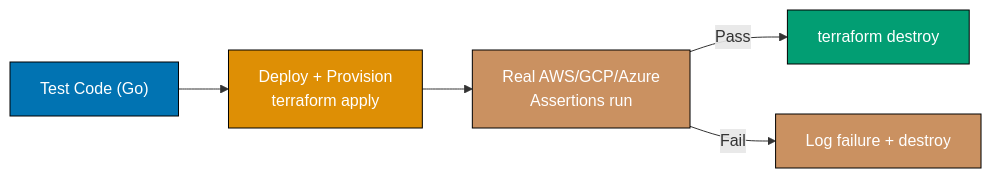
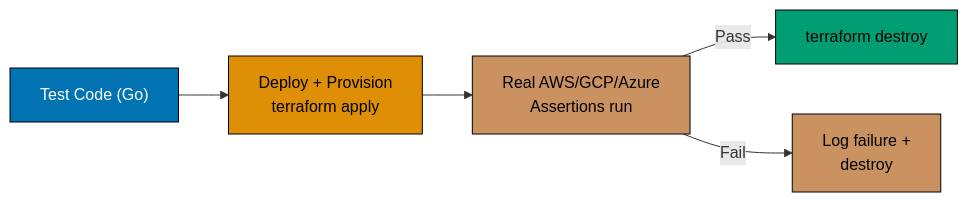
One commit to wahidyankf/ose-public changed the fifth of 9 diagrams in apps/ayokoding-www/content/en/learn/legacy/software-engineering/infrastructure/infrastructure-as-code/by-example/advanced.md. Above: the diagram before and after it, drawn with Mermaid. The commit also changed other lines of this file and 131 other files, not shown here.

First line of the commit message:
fix(mermaid): bring the legacy data, infrastructure, and testing diagrams onto the accessible palette

````diff
--- a/apps/ayokoding-www/content/en/learn/legacy/software-engineering/infrastructure/infrastructure-as-code/by-example/advanced.md
+++ b/apps/ayokoding-www/content/en/learn/legacy/software-engineering/infrastructure/infrastructure-as-code/by-example/advanced.md
@@ -927,14 +953,21 @@
 ```mermaid
 %% Color Palette: Blue #0173B2, Orange #DE8F05, Teal #029E73, Purple #CC78BC, Brown #CA9161
 graph LR
+  accTitle: Example 69: Terratest for Infrastructure Testing
+  accDescr: Graph with 5 nodes and 4 connections. Nodes: Test Code (Go), Deploy + Provision terraform apply, Real AWS/GCP/Azure Assertions run, terraform destroy, Log failure + destroy. Connections: Test Code (Go) to Deploy + Provision terraform apply, Deploy + Provision terraform apply to Real AWS/GCP/Azure Assertions run, Real AWS/GCP/Azure Assertions run to terraform destroy (Pass), Real AWS/GCP/Azure Assertions run to Log failure + destroy (Fail).
   A["Test Code (Go)"] --> B["Deploy + Provision<br/>terraform apply"]
   B --> C["Real AWS/GCP/Azure<br/>Assertions run"]
   C -- Pass --> D["terraform destroy"]
-  C -- Fail --> E["Log failure + destroy"]
+  C -- Fail --> E["Log failure +<br/>destroy"]
 
-  style A fill:#0173B2,stroke:#000,color:#fff
-  style B fill:#DE8F05,stroke:#000,color:#fff
-  style C fill:#CA9161,stroke:#000,color:#fff
-  style D fill:#029E73,stroke:#000,color:#fff
-  style E fill:#CA9161,stroke:#000,color:#fff
+  classDef pal-0173B2 fill:#0173B2,stroke:#000000,color:#FFFFFF
+  class A pal-0173B2
+  classDef pal-DE8F05 fill:#DE8F05,stroke:#000000,color:#000000
+  class B pal-DE8F05
+  classDef pal-CA9161 fill:#CA9161,stroke:#000000,color:#000000
+  class C pal-CA9161
+  classDef pal-029E73 fill:#029E73,stroke:#000000,color:#000000
+  class D pal-029E73
+  class E pal-CA9161
+  classDef default fill:#FFFFFF,stroke:#000000,color:#000000
 ```
````
